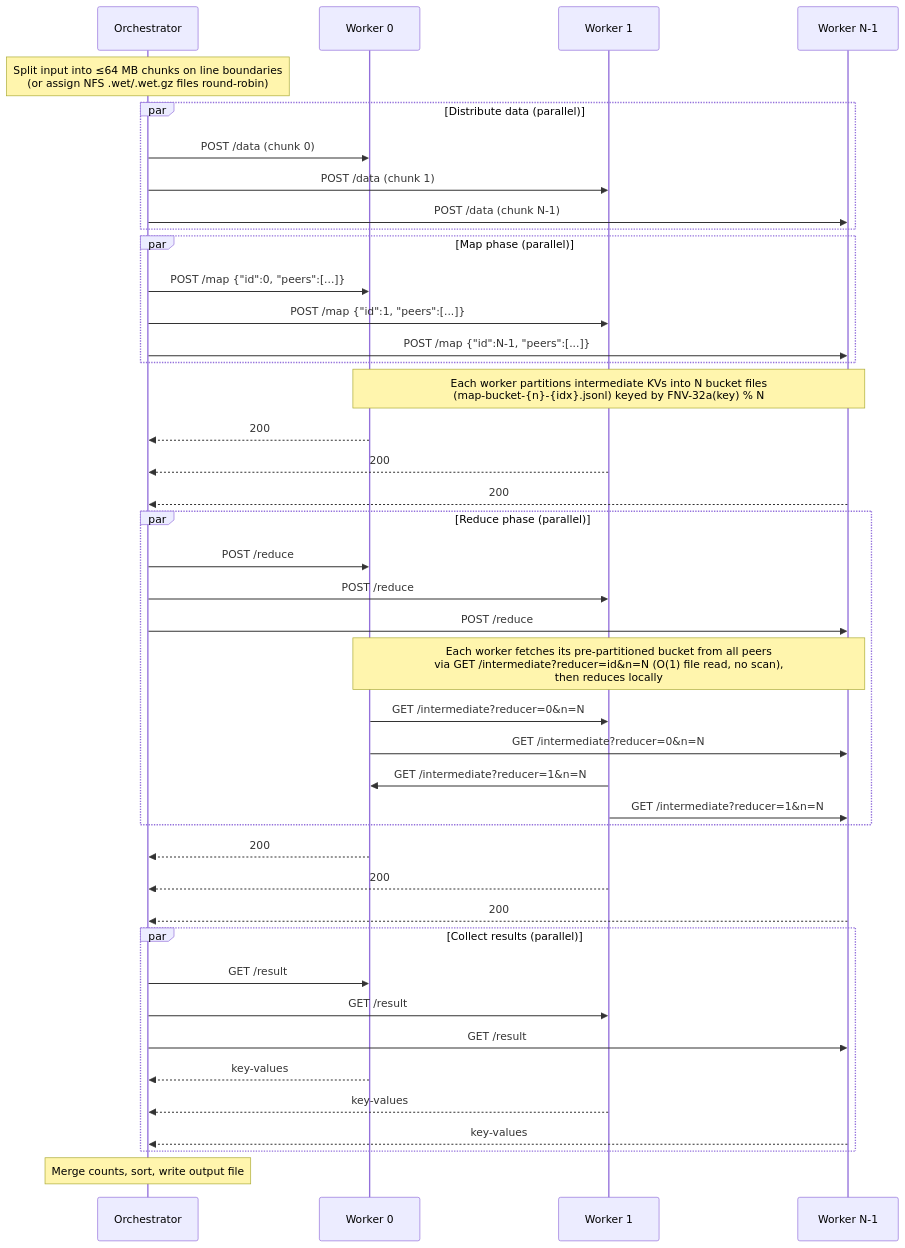
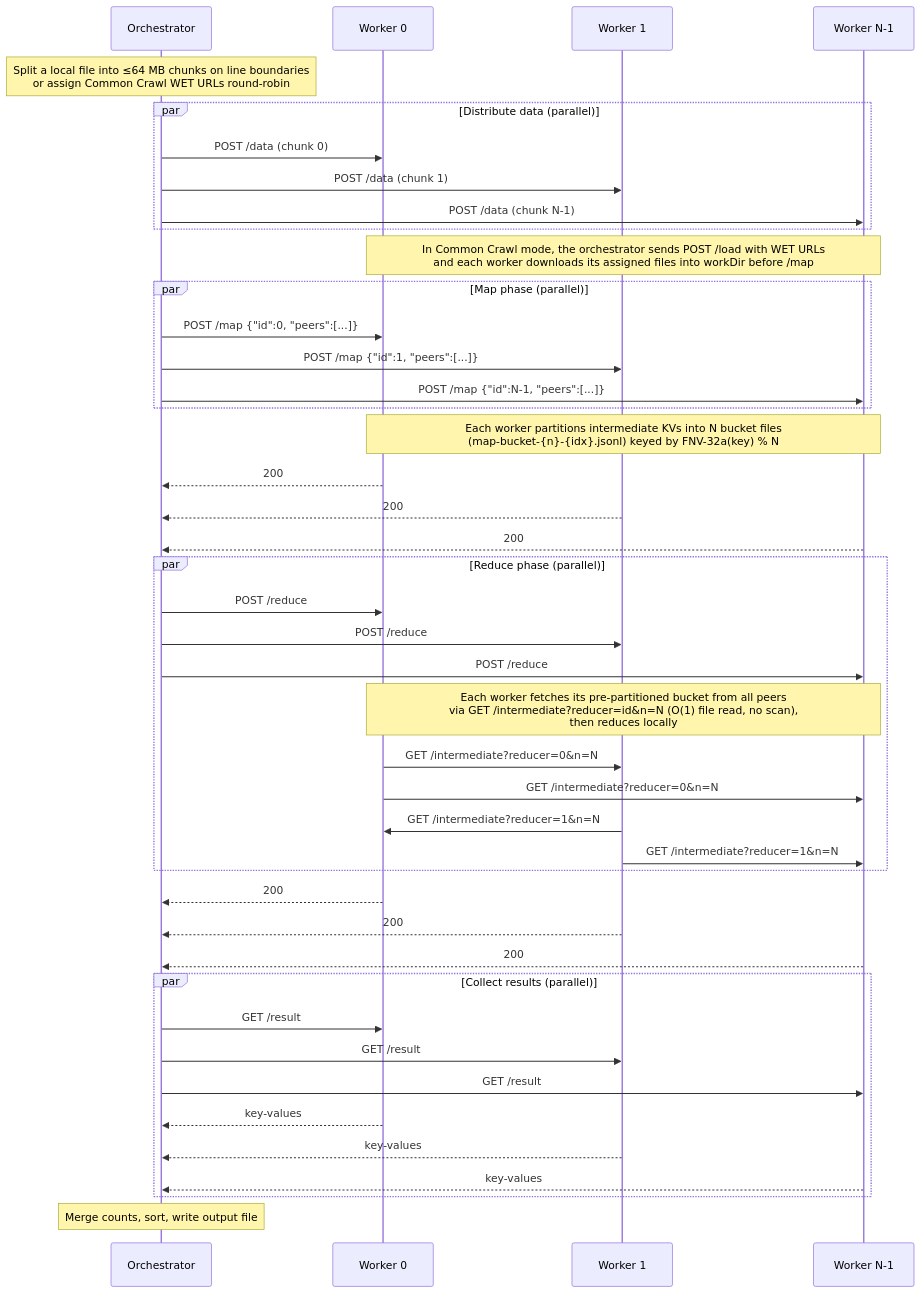
Before and after one commit to danielefam/slr_map_reduce: the second of 3 diagrams in README.md, drawn with Mermaid. The commit also changed other lines of this file and 13 other files, not shown here.

Commit message:
feat: read data from common crawl website

````diff
--- a/README.md
+++ b/README.md
@@ -224,50 +227,51 @@
 ```mermaid
 sequenceDiagram
     participant Orchestrator
     participant W0 as Worker 0
     participant W1 as Worker 1
     participant Wn as Worker N-1
 
-    Note over Orchestrator: Split input into ≤64 MB chunks on line boundaries<br/>(or assign NFS .wet/.wet.gz files round-robin)
+    Note over Orchestrator: Split a local file into ≤64 MB chunks on line boundaries<br/>or assign Common Crawl WET URLs round-robin
 
     par Distribute data (parallel)
         Orchestrator->>W0: POST /data  (chunk 0)
         Orchestrator->>W1: POST /data  (chunk 1)
         Orchestrator->>Wn: POST /data  (chunk N-1)
     end
+    Note over W0,Wn: In Common Crawl mode, the orchestrator sends POST /load with WET URLs<br/>and each worker downloads its assigned files into workDir before /map
 
     par Map phase (parallel)
         Orchestrator->>W0: POST /map  {"id":0, "peers":[...]}
         Orchestrator->>W1: POST /map  {"id":1, "peers":[...]}
         Orchestrator->>Wn: POST /map  {"id":N-1, "peers":[...]}
     end
     Note over W0,Wn: Each worker partitions intermediate KVs into N bucket files<br/>(map-bucket-{n}-{idx}.jsonl) keyed by FNV-32a(key) % N
     W0-->>Orchestrator: 200
     W1-->>Orchestrator: 200
     Wn-->>Orchestrator: 200
 
     par Reduce phase (parallel)
         Orchestrator->>W0: POST /reduce
         Orchestrator->>W1: POST /reduce
         Orchestrator->>Wn: POST /reduce
         Note over W0,Wn: Each worker fetches its pre-partitioned bucket from all peers<br/>via GET /intermediate?reducer=id&n=N (O(1) file read, no scan),<br/>then reduces locally
         W0->>W1: GET /intermediate?reducer=0&n=N
         W0->>Wn: GET /intermediate?reducer=0&n=N
         W1->>W0: GET /intermediate?reducer=1&n=N
         W1->>Wn: GET /intermediate?reducer=1&n=N
     end
     W0-->>Orchestrator: 200
     W1-->>Orchestrator: 200
     Wn-->>Orchestrator: 200
 
     par Collect results (parallel)
         Orchestrator->>W0: GET /result
         Orchestrator->>W1: GET /result
         Orchestrator->>Wn: GET /result
         W0-->>Orchestrator: key-values
         W1-->>Orchestrator: key-values
         Wn-->>Orchestrator: key-values
     end
 
     Note over Orchestrator: Merge counts, sort, write output file
 ```
````
